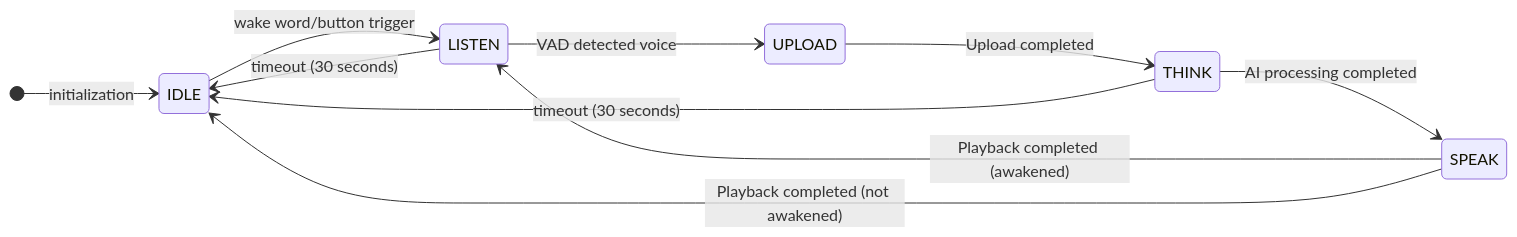
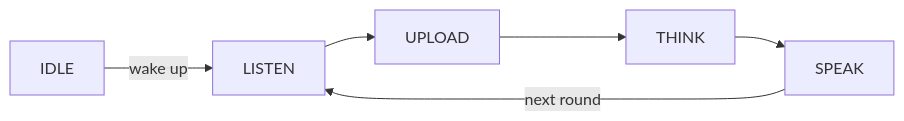
The diagram in docs/cloud/device-ai/ai-components/ai-mode-free.md (Tuya-Community/TuyaOpen.io), drawn with Mermaid before and after one commit. The commit also changed other lines of this file and 365 other files, not shown here.

````diff
--- a/docs/cloud/device-ai/ai-components/ai-mode-free.md
+++ b/docs/cloud/device-ai/ai-components/ai-mode-free.md
@@ -54,13 +23,8 @@
 ```mermaid
-stateDiagram-v2
-    direction LR
-[*] --> IDLE: initialization
-IDLE --> LISTEN: wake word/button trigger
-LISTEN --> UPLOAD: VAD detected voice
-UPLOAD --> THINK: Upload completed
-THINK --> SPEAK: AI processing completed
-SPEAK --> LISTEN: Playback completed (awakened)
-SPEAK --> IDLE: Playback completed (not awakened)
-LISTEN --> IDLE: timeout (30 seconds)
-THINK --> IDLE: timeout (30 seconds)
+flowchart LR
+    IDLE -->|wake up| LISTEN
+    LISTEN --> UPLOAD
+    UPLOAD --> THINK
+    THINK --> SPEAK
+    SPEAK -->|next round| LISTEN
 ```
````
